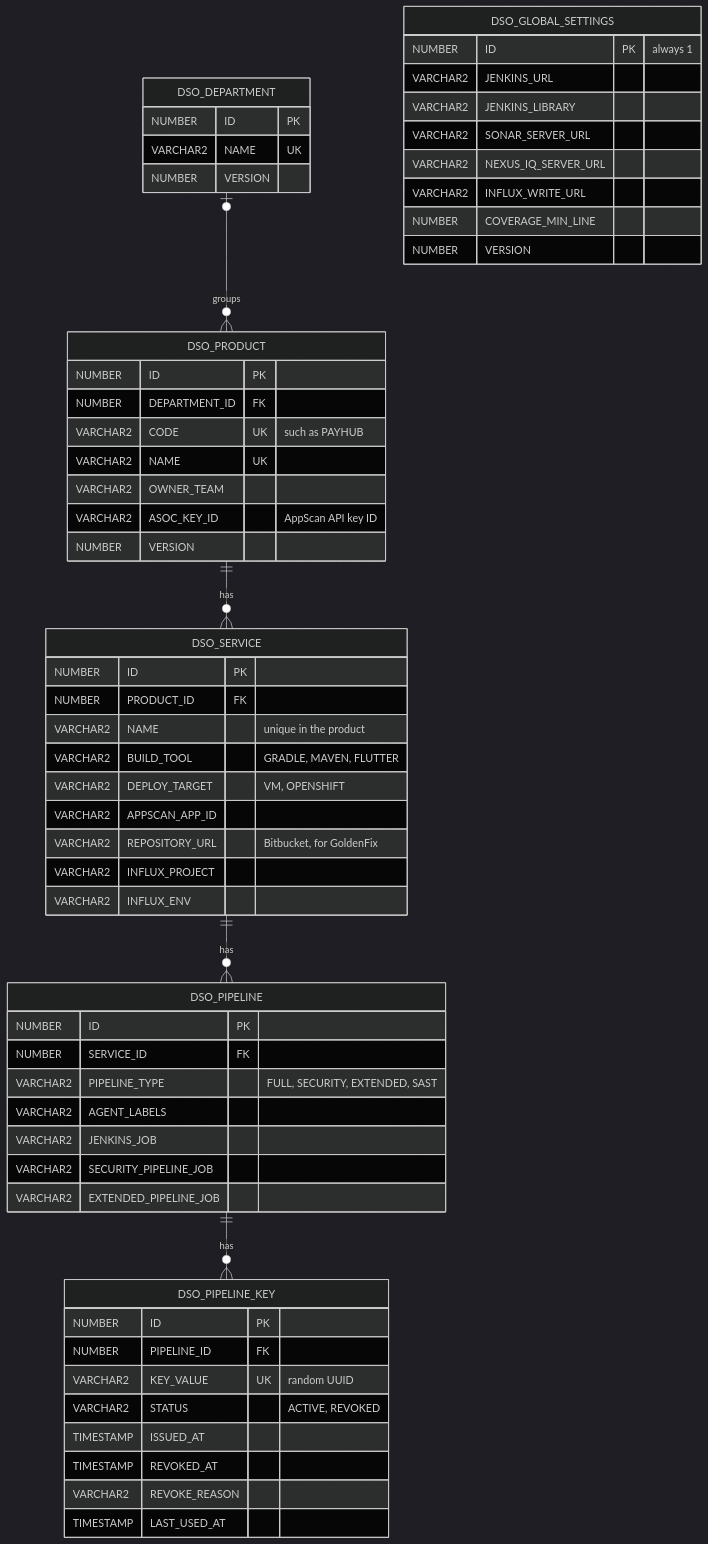
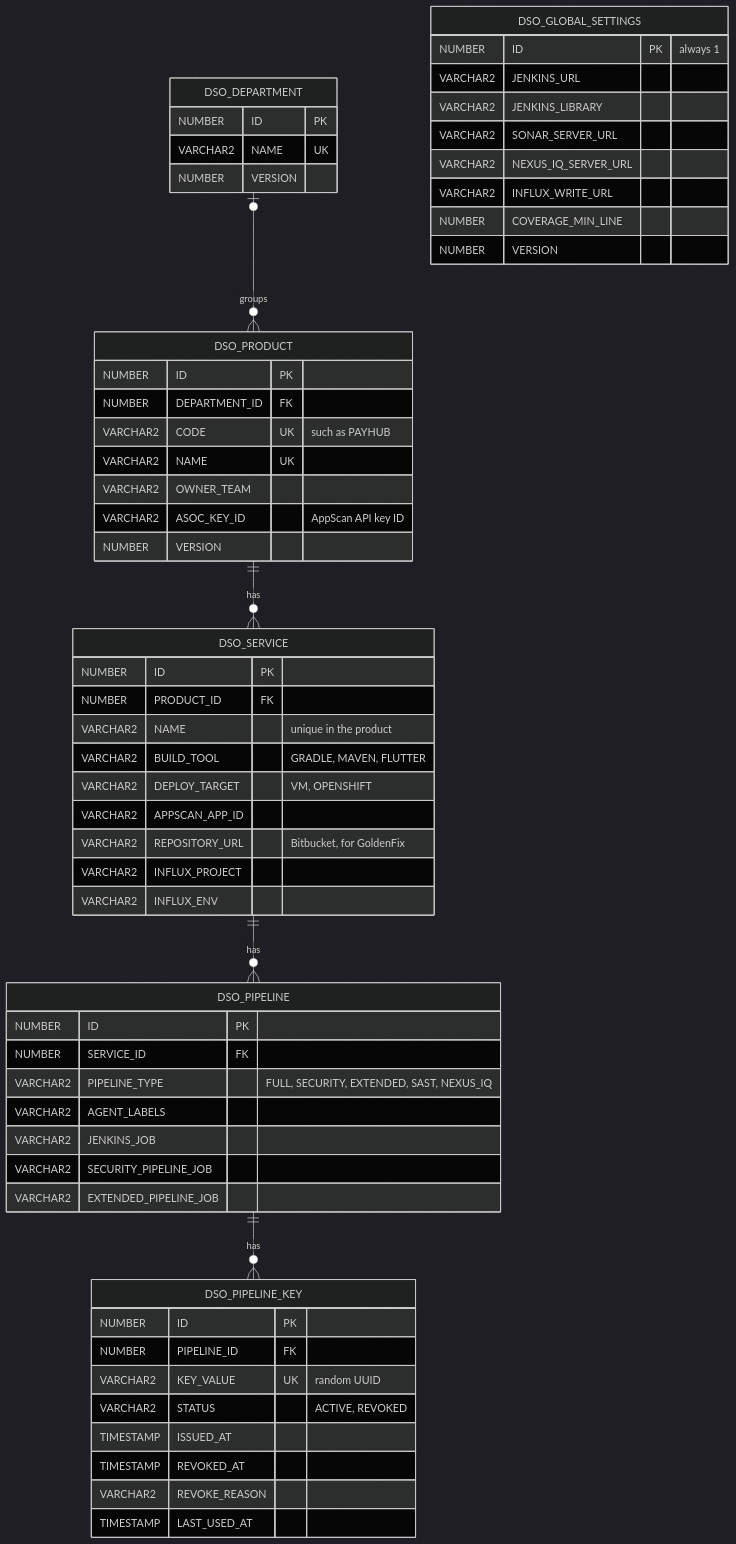
Before and after one commit to mateuszmatan/DSOMgmtPortal: the fifth of 6 diagrams in README.md, drawn with Mermaid (dark theme). The commit also changed other lines of this file and 71 other files, not shown here.

First line of the commit message:
Add the Nexus IQ GoldenFix pipeline type

````diff
--- a/README.md
+++ b/README.md
@@ -337,61 +351,61 @@
 ```mermaid
 erDiagram
     DSO_DEPARTMENT |o--o{ DSO_PRODUCT : groups
     DSO_PRODUCT ||--o{ DSO_SERVICE : has
     DSO_SERVICE ||--o{ DSO_PIPELINE : has
     DSO_PIPELINE ||--o{ DSO_PIPELINE_KEY : has
     DSO_DEPARTMENT {
         NUMBER ID PK
         VARCHAR2 NAME UK
         NUMBER VERSION
     }
     DSO_PRODUCT {
         NUMBER ID PK
         NUMBER DEPARTMENT_ID FK
         VARCHAR2 CODE UK "such as PAYHUB"
         VARCHAR2 NAME UK
         VARCHAR2 OWNER_TEAM
         VARCHAR2 ASOC_KEY_ID "AppScan API key ID"
         NUMBER VERSION
     }
     DSO_SERVICE {
         NUMBER ID PK
         NUMBER PRODUCT_ID FK
         VARCHAR2 NAME "unique in the product"
         VARCHAR2 BUILD_TOOL "GRADLE, MAVEN, FLUTTER"
         VARCHAR2 DEPLOY_TARGET "VM, OPENSHIFT"
         VARCHAR2 APPSCAN_APP_ID
         VARCHAR2 REPOSITORY_URL "Bitbucket, for GoldenFix"
         VARCHAR2 INFLUX_PROJECT
         VARCHAR2 INFLUX_ENV
     }
     DSO_PIPELINE {
         NUMBER ID PK
         NUMBER SERVICE_ID FK
-        VARCHAR2 PIPELINE_TYPE "FULL, SECURITY, EXTENDED, SAST"
+        VARCHAR2 PIPELINE_TYPE "FULL, SECURITY, EXTENDED, SAST, NEXUS_IQ"
         VARCHAR2 AGENT_LABELS
         VARCHAR2 JENKINS_JOB
         VARCHAR2 SECURITY_PIPELINE_JOB
         VARCHAR2 EXTENDED_PIPELINE_JOB
     }
     DSO_PIPELINE_KEY {
         NUMBER ID PK
         NUMBER PIPELINE_ID FK
         VARCHAR2 KEY_VALUE UK "random UUID"
         VARCHAR2 STATUS "ACTIVE, REVOKED"
         TIMESTAMP ISSUED_AT
         TIMESTAMP REVOKED_AT
         VARCHAR2 REVOKE_REASON
         TIMESTAMP LAST_USED_AT
     }
     DSO_GLOBAL_SETTINGS {
         NUMBER ID PK "always 1"
         VARCHAR2 JENKINS_URL
         VARCHAR2 JENKINS_LIBRARY
         VARCHAR2 SONAR_SERVER_URL
         VARCHAR2 NEXUS_IQ_SERVER_URL
         VARCHAR2 INFLUX_WRITE_URL
         NUMBER COVERAGE_MIN_LINE
         NUMBER VERSION
     }
 ```
````
